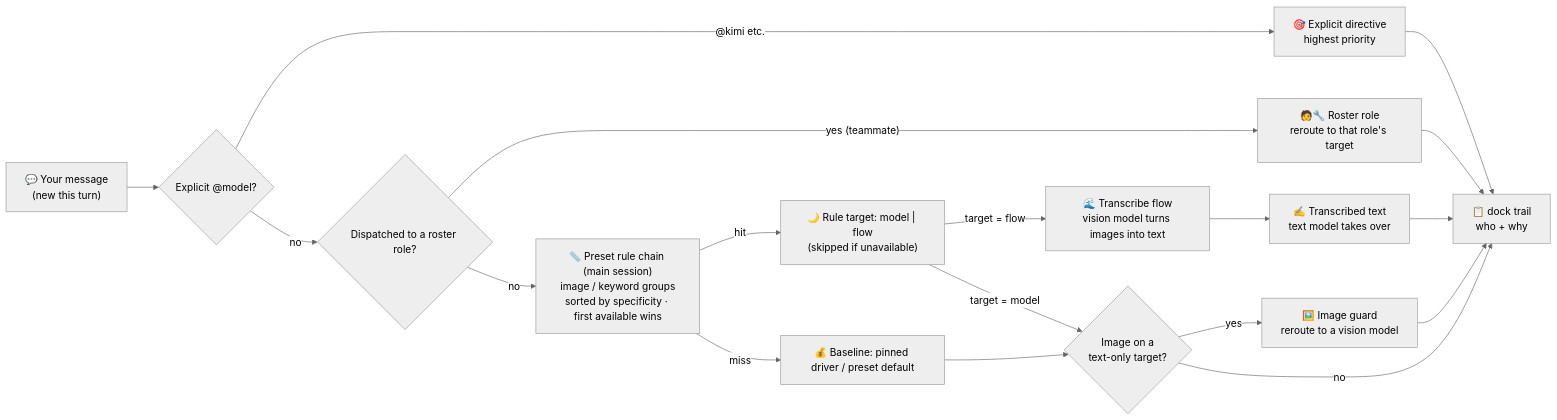
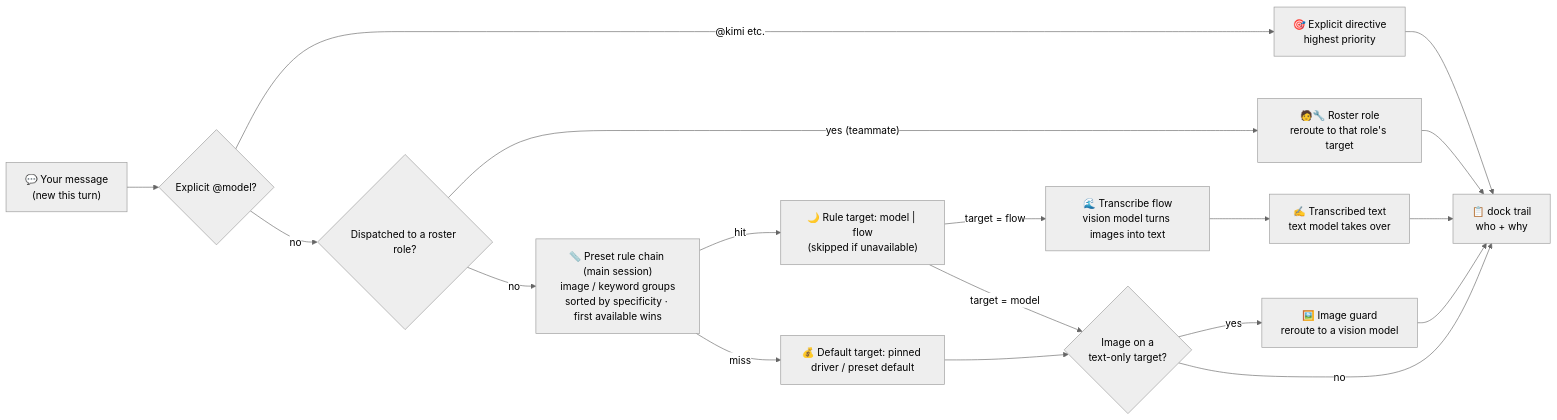
The diagram in README.en.md (tafcear/kimi-tide), drawn with Mermaid (neutral theme) before and after one commit. The commit also changed other lines of this file and 47 other files, not shown here.

````diff
--- a/README.en.md
+++ b/README.en.md
@@ -63,20 +63,20 @@
 ```mermaid
 flowchart LR
     A["💬 Your message<br>(new this turn)"] --> B{"Explicit @model?"}
     B -- "@kimi etc." --> H["🎯 Explicit directive<br>highest priority"]
     B -- no --> R{"Dispatched to a roster role?"}
     R -- "yes (teammate)" --> S["🧑🔧 Roster role<br>reroute to that role's target"]
     R -- no --> C["📏 Preset rule chain (main session)<br>image / keyword groups<br>sorted by specificity · first available wins"]
     C -- hit --> D["🌙 Rule target: model | flow<br>(skipped if unavailable)"]
-    C -- miss --> E["💰 Baseline: pinned driver / preset default"]
+    C -- miss --> E["💰 Default target: pinned driver / preset default"]
     H --> J
     S --> J
     D -- "target = flow" --> T["🌊 Transcribe flow<br>vision model turns images into text"]
     D -- "target = model" --> F
     E --> F{"Image on a<br>text-only target?"}
     T --> K["✍️ Transcribed text<br>text model takes over"]
     F -- yes --> G["🖼️ Image guard<br>reroute to a vision model"]
     F -- no --> J["📋 dock trail<br>who + why"]
     G --> J
     K --> J
 ```
````
